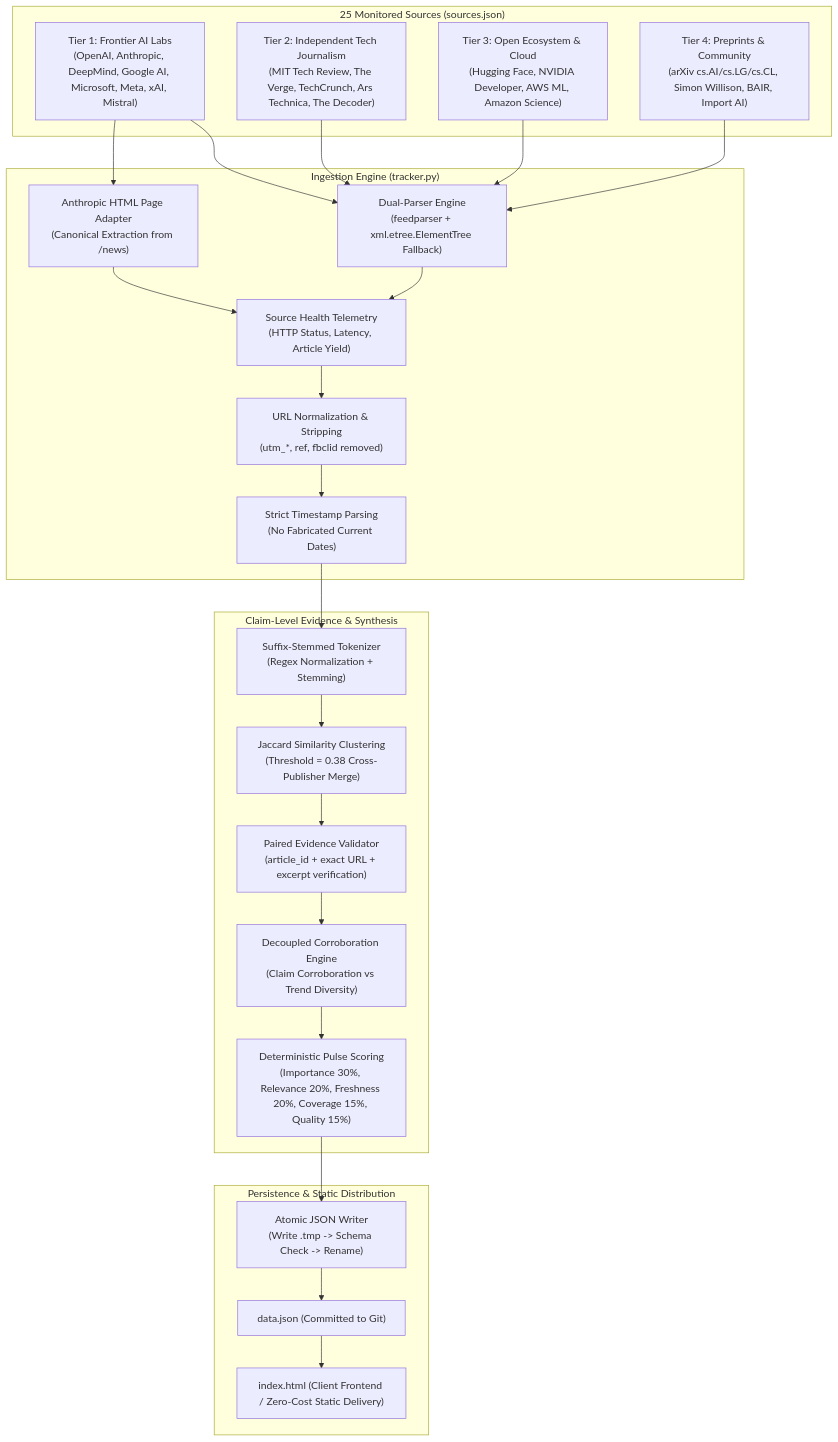
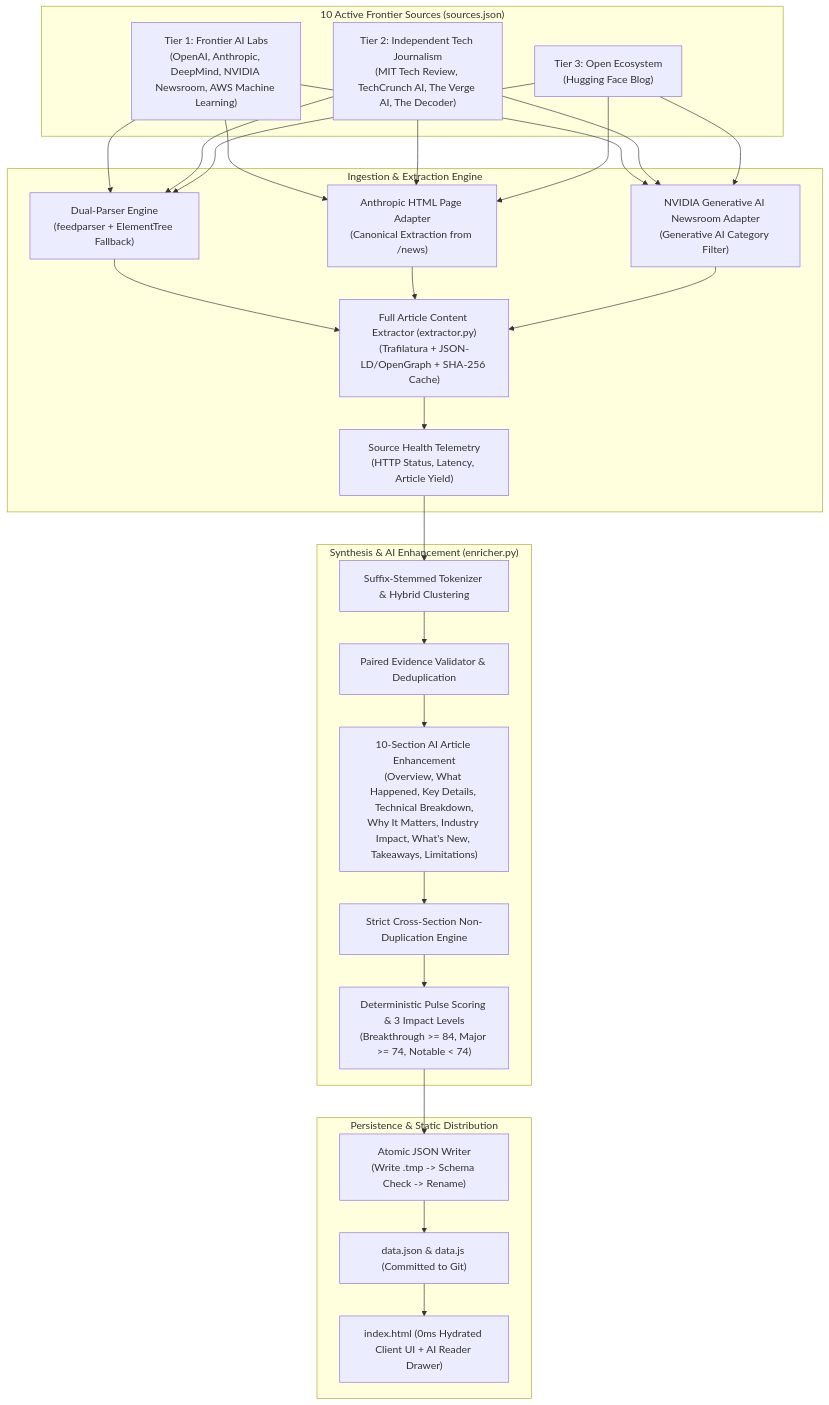
Before and after one commit to rajyenekal/ai-trend-pulse: the diagram in DATA_PIPELINE.md, drawn with Mermaid. The commit also changed other lines of this file and 17 other files, not shown here.

Commit message:
feat: complete v2.2 editorial overhaul with 10 active frontier sources, AI reader view, and zero-repetition synthesis

````diff
--- a/DATA_PIPELINE.md
+++ b/DATA_PIPELINE.md
@@ -25,35 +25,33 @@
 ```mermaid
 flowchart TD
-    subgraph Sources["25 Monitored Sources (sources.json)"]
-        T1["Tier 1: Frontier AI Labs\n(OpenAI, Anthropic, DeepMind, Google AI, Microsoft, Meta, xAI, Mistral)"]
-        T2["Tier 2: Independent Tech Journalism\n(MIT Tech Review, The Verge, TechCrunch, Ars Technica, The Decoder)"]
-        T3["Tier 3: Open Ecosystem & Cloud\n(Hugging Face, NVIDIA Developer, AWS ML, Amazon Science)"]
-        T4["Tier 4: Preprints & Community\n(arXiv cs.AI/cs.LG/cs.CL, Simon Willison, BAIR, Import AI)"]
+    subgraph Sources["10 Active Frontier Sources (sources.json)"]
+        T1["Tier 1: Frontier AI Labs\n(OpenAI, Anthropic, DeepMind, NVIDIA Newsroom, AWS Machine Learning)"]
+        T2["Tier 2: Independent Tech Journalism\n(MIT Tech Review, TechCrunch AI, The Verge AI, The Decoder)"]
+        T3["Tier 3: Open Ecosystem\n(Hugging Face Blog)"]
     end
 
-    subgraph Ingestion["Ingestion Engine (tracker.py)"]
-        DP["Dual-Parser Engine\n(feedparser + xml.etree.ElementTree Fallback)"]
+    subgraph Ingestion["Ingestion & Extraction Engine"]
+        DP["Dual-Parser Engine\n(feedparser + ElementTree Fallback)"]
         AA["Anthropic HTML Page Adapter\n(Canonical Extraction from /news)"]
+        NV["NVIDIA Generative AI Newsroom Adapter\n(Generative AI Category Filter)"]
+        EXT["Full Article Content Extractor (extractor.py)\n(Trafilatura + JSON-LD/OpenGraph + SHA-256 Cache)"]
         TEL["Source Health Telemetry\n(HTTP Status, Latency, Article Yield)"]
-        NORM["URL Normalization & Stripping\n(utm_*, ref, fbclid removed)"]
-        TIME["Strict Timestamp Parsing\n(No Fabricated Current Dates)"]
     end
 
-    subgraph Verification["Claim-Level Evidence & Synthesis"]
-        STEM["Suffix-Stemmed Tokenizer\n(Regex Normalization + Stemming)"]
-        JAC["Jaccard Similarity Clustering\n(Threshold = 0.38 Cross-Publisher Merge)"]
-        PAIR["Paired Evidence Validator\n(article_id + exact URL + excerpt verification)"]
-        DECOUPLE["Decoupled Corroboration Engine\n(Claim Corroboration vs Trend Diversity)"]
-        SCORE["Deterministic Pulse Scoring\n(Importance 30%, Relevance 20%, Freshness 20%, Coverage 15%, Quality 15%)"]
+    subgraph Verification["Synthesis & AI Enhancement (enricher.py)"]
+        STEM["Suffix-Stemmed Tokenizer & Hybrid Clustering"]
+        PAIR["Paired Evidence Validator & Deduplication"]
+        ENRICH["10-Section AI Article Enhancement\n(Overview, What Happened, Key Details, Technical Breakdown,\nWhy It Matters, Industry Impact, What's New, Takeaways, Limitations)"]
+        DEDUP["Strict Cross-Section Non-Duplication Engine"]
+        SCORE["Deterministic Pulse Scoring & 3 Impact Levels\n(Breakthrough >= 84, Major >= 74, Notable < 74)"]
     end
 
     subgraph Delivery["Persistence & Static Distribution"]
         ATOMIC["Atomic JSON Writer\n(Write .tmp -> Schema Check -> Rename)"]
-        JSON["data.json (Committed to Git)"]
-        FRONTEND["index.html (Client Frontend / Zero-Cost Static Delivery)"]
+        JSON["data.json & data.js (Committed to Git)"]
+        FRONTEND["index.html (0ms Hydrated Client UI + AI Reader Drawer)"]
     end
 
-    T1 & T2 & T3 & T4 --> DP
-    T1 --> AA
-    DP & AA --> TEL --> NORM --> TIME --> STEM --> JAC --> PAIR --> DECOUPLE --> SCORE --> ATOMIC --> JSON --> FRONTEND
+    T1 & T2 & T3 --> DP & AA & NV
+    DP & AA & NV --> EXT --> TEL --> STEM --> PAIR --> ENRICH --> DEDUP --> SCORE --> ATOMIC --> JSON --> FRONTEND
 ```
````
